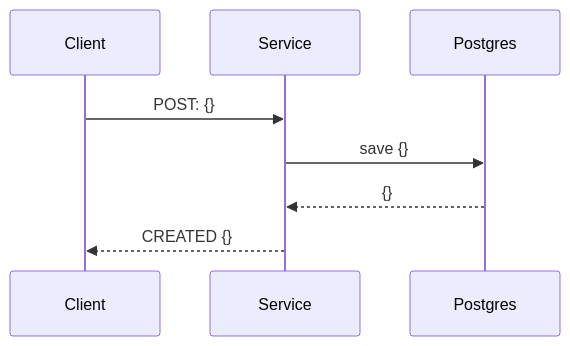
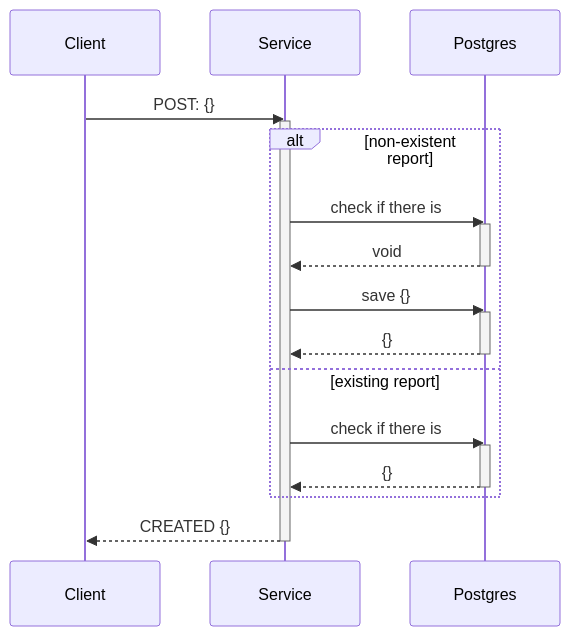
The first of 5 diagrams in README.md (PauloNayron/message-service), drawn with Mermaid before and after one commit. The commit also changed other lines of this file, not shown here.

````diff
--- a/README.md
+++ b/README.md
@@ -19,11 +19,26 @@
 ```mermaid
 sequenceDiagram
     participant C as Client
     participant A as Service
     participant B as Postgres
 
     C->>A: POST: {}
+    activate A
+    alt non-existent report
+    A->>B: check if there is
+    activate B
+    B-->>A: void
+    deactivate B
     A->>B: save {}
+    activate B
     B-->>A: {}
+    deactivate B
+    else existing report
+    A->>B: check if there is
+    activate B
+    B-->>A: {}
+    deactivate B
+    end
     A-->>C: CREATED {}
+    deactivate A
 ```
````
